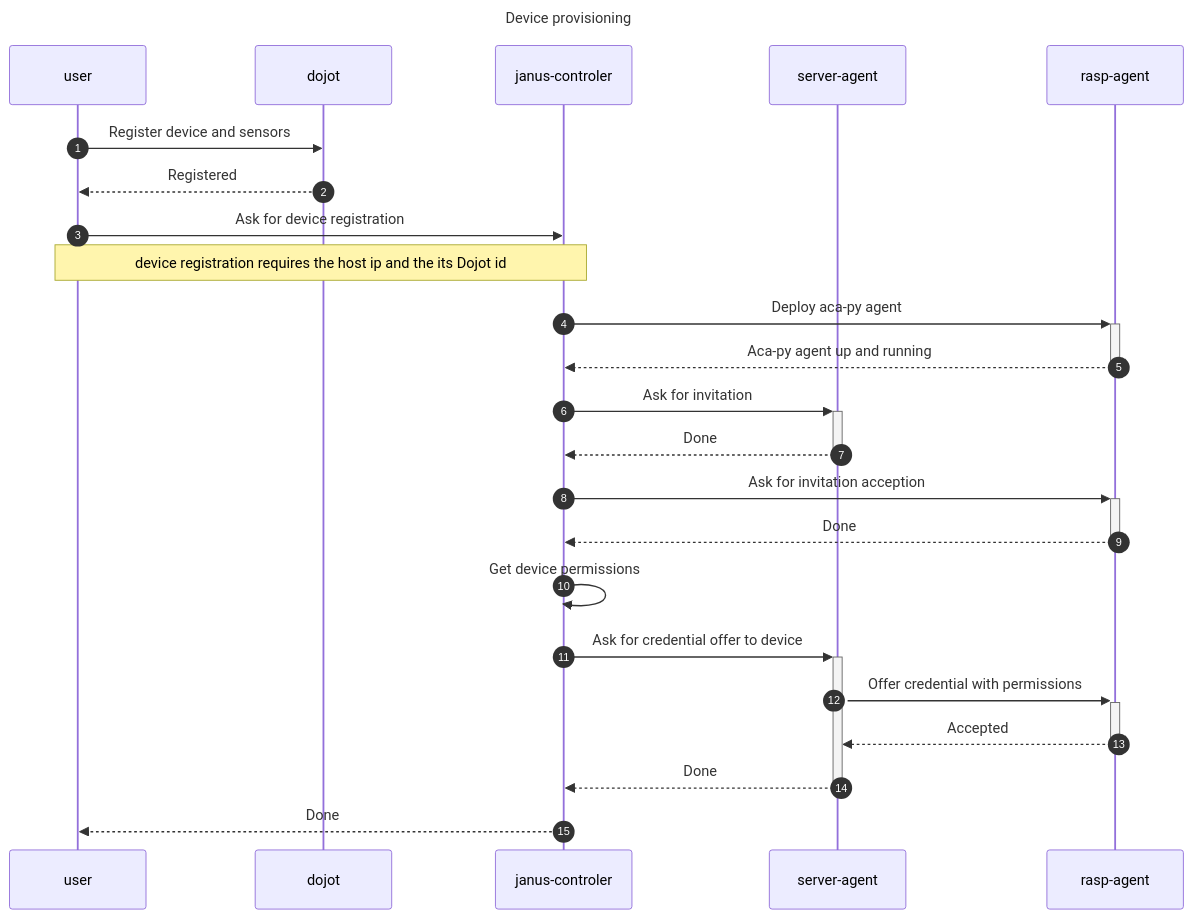
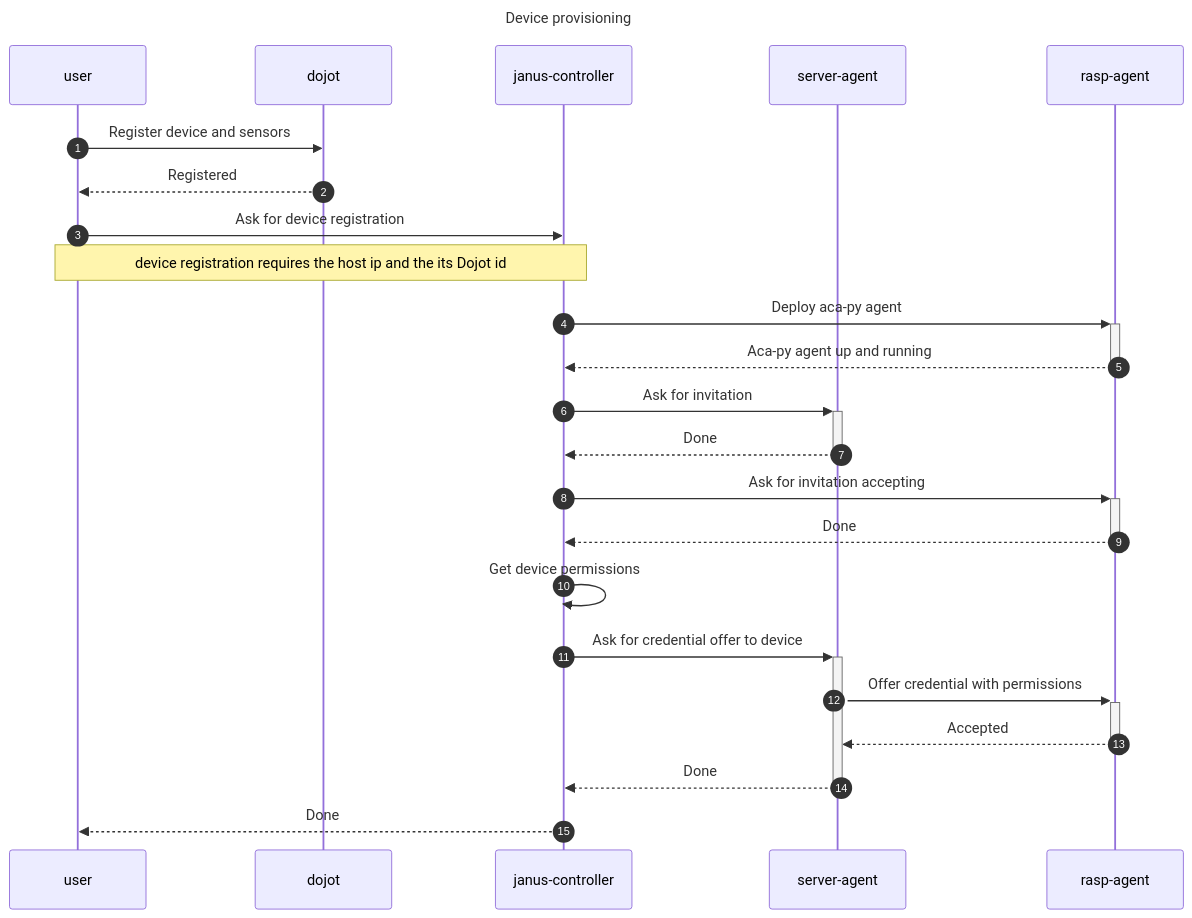
One commit to Instituto-Atlantico/janus changed the first of 2 diagrams in docs/readme.md. Above: the diagram before and after it, drawn with Mermaid. The commit also changed other lines of this file and 1 other file, not shown here.

Commit message:
updating diagrams

````diff
--- a/docs/readme.md
+++ b/docs/readme.md
@@ -14,35 +14,35 @@
 ``` mermaid
 sequenceDiagram
     title: Device provisioning
     autonumber
 
     participant user
     participant dojot
-    participant janus as janus-controler
+    participant janus as janus-controller
     participant server as server-agent
     participant rasp as rasp-agent
 
     user ->> dojot: Register device and sensors
     dojot -->> user: Registered
 
     user ->> janus: Ask for device registration
     note over user, janus: device registration requires the host ip and the its Dojot id
 
     janus ->>+ rasp: Deploy aca-py agent
     rasp -->>- janus: Aca-py agent up and running
 
     janus ->>+ server: Ask for invitation
     server -->>- janus: Done
 
-    janus ->>+ rasp: Ask for invitation acception
+    janus ->>+ rasp: Ask for invitation accepting
     rasp -->>- janus: Done
 
     janus ->> janus: Get device permissions
 
     janus ->>+ server: Ask for credential offer to device
     server ->>+ rasp: Offer credential with permissions
     rasp -->>-server : Accepted
     server -->>-janus: Done
 
     janus -->> user: Done
 ```
````
